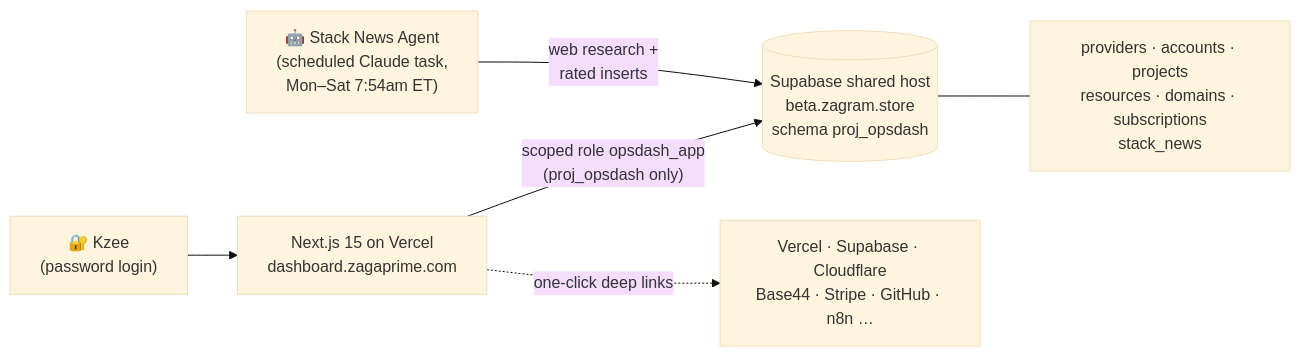
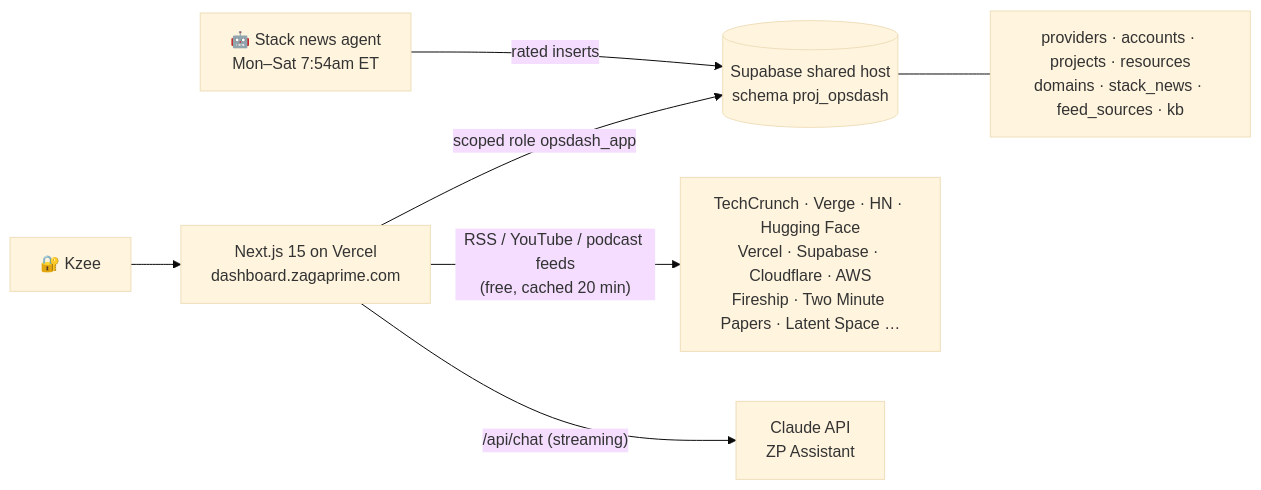
Before and after one commit to ZagaPrimeLLC/zagaprime-opshub: the diagram in README.md, drawn with Mermaid (base theme). The commit also changed other lines of this file and 35 other files, not shown here.

Commit message:
ZP brand, deep links everywhere, Channel + ticker, ZP Assistant

````diff
--- a/README.md
+++ b/README.md
@@ -39,8 +44,9 @@
 ```mermaid
 flowchart LR
-    U["🔐 Kzee\n(password login)"] --> V["Next.js 15 on Vercel\ndashboard.zagaprime.com"]
-    V -->|"scoped role opsdash_app\n(proj_opsdash only)"| S[("Supabase shared host\nbeta.zagram.store\nschema proj_opsdash")]
-    A["🤖 Stack News Agent\n(scheduled Claude task,\nMon–Sat 7:54am ET)"] -->|"web research +\nrated inserts"| S
-    S --- T1["providers · accounts · projects\nresources · domains · subscriptions\nstack_news"]
-    V -.->|one-click deep links| C["Vercel · Supabase · Cloudflare\nBase44 · Stripe · GitHub · n8n …"]
+    U["🔐 Kzee"] --> V["Next.js 15 on Vercel<br/>dashboard.zagaprime.com"]
+    V -->|"scoped role opsdash_app"| S[("Supabase shared host<br/>schema proj_opsdash")]
+    V -->|"RSS / YouTube / podcast feeds<br/>(free, cached 20 min)"| F["TechCrunch · Verge · HN · Hugging Face<br/>Vercel · Supabase · Cloudflare · AWS<br/>Fireship · Two Minute Papers · Latent Space …"]
+    V -->|"/api/chat (streaming)"| C["Claude API<br/>ZP Assistant"]
+    A["🤖 Stack news agent<br/>Mon–Sat 7:54am ET"] -->|rated inserts| S
+    S --- T["providers · accounts · projects · resources<br/>domains · stack_news · feed_sources · kb"]
 ```
````
